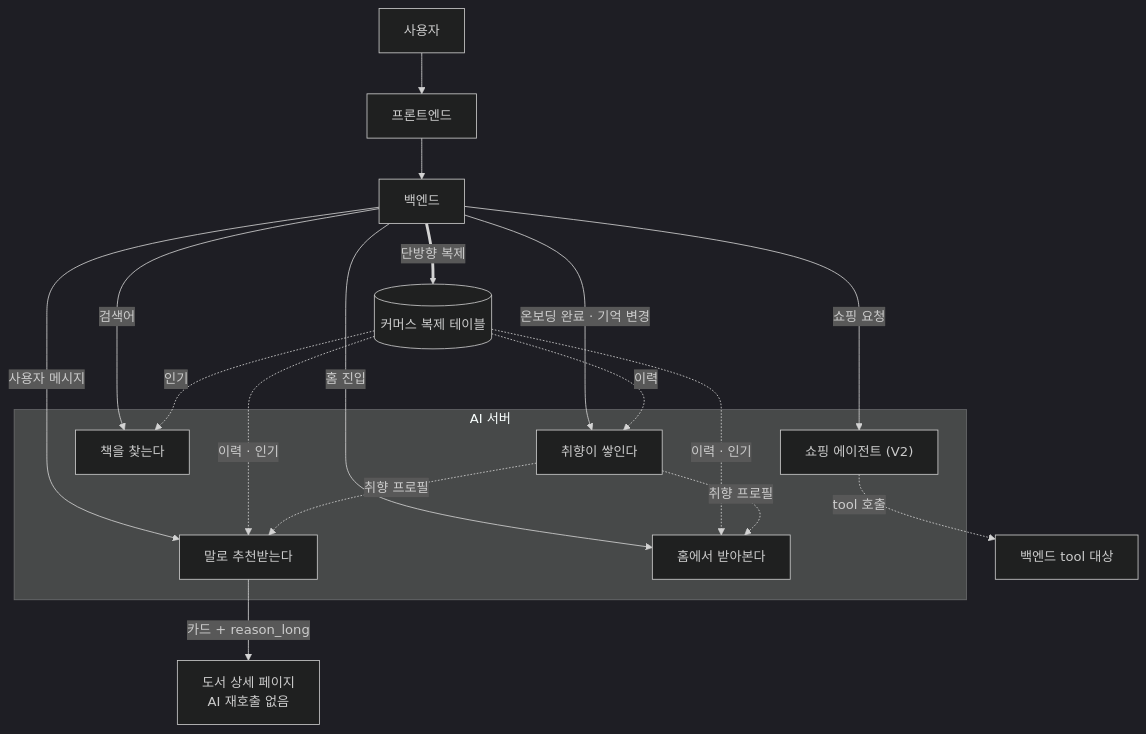
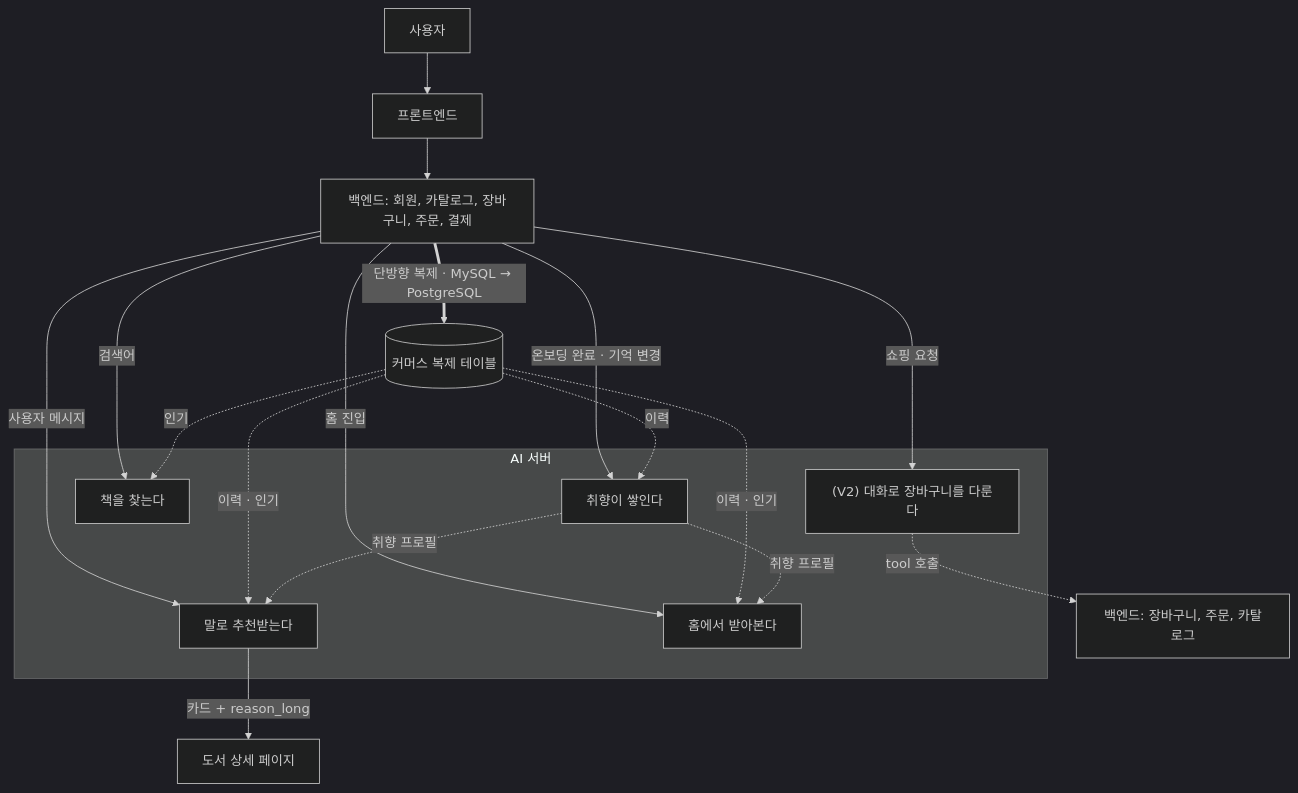
Before and after one commit to 100-hours-a-week/KTB4-13th-wiki: the diagram in docs/ai/1-model-api/spec.md, drawn with Mermaid (dark theme). The commit also changed other lines of this file and 2 other files, not shown here.

````diff
--- a/docs/ai/1-model-api/spec.md
+++ b/docs/ai/1-model-api/spec.md
@@ -575,26 +1129,26 @@
 ```mermaid
 flowchart TB
     U[사용자] --> FE[프론트엔드]
-    FE --> BE[백엔드]
+    FE --> BE[백엔드: 회원, 카탈로그, 장바구니, 주문, 결제]
     subgraph AI[AI 서버]
         F5[취향이 쌓인다]
         F1[책을 찾는다]
         F2[말로 추천받는다]
         F3[홈에서 받아본다]
-        AG["쇼핑 에이전트 (V2)"]
+        AG["(V2) 대화로 장바구니를 다룬다"]
     end
     BE -->|온보딩 완료 · 기억 변경| F5
     BE -->|검색어| F1
     BE -->|사용자 메시지| F2
     BE -->|홈 진입| F3
     BE -->|쇼핑 요청| AG
-    BE ==>|단방향 복제| V[(커머스 복제 테이블)]
+    BE ==>|"단방향 복제 · MySQL → PostgreSQL"| V[(커머스 복제 테이블)]
     V -. 인기 .-> F1
     V -. 이력 · 인기 .-> F2
     V -. 이력 · 인기 .-> F3
     V -. 이력 .-> F5
     F5 -. 취향 프로필 .-> F2
     F5 -. 취향 프로필 .-> F3
-    F2 -->|카드 + reason_long| DET["도서 상세 페이지<br/>AI 재호출 없음"]
-    AG -. tool 호출 .-> COM[백엔드 tool 대상]
+    F2 -->|카드 + reason_long| DET[도서 상세 페이지]
+    AG -. tool 호출 .-> COM[백엔드: 장바구니, 주문, 카탈로그]
 ```
````
